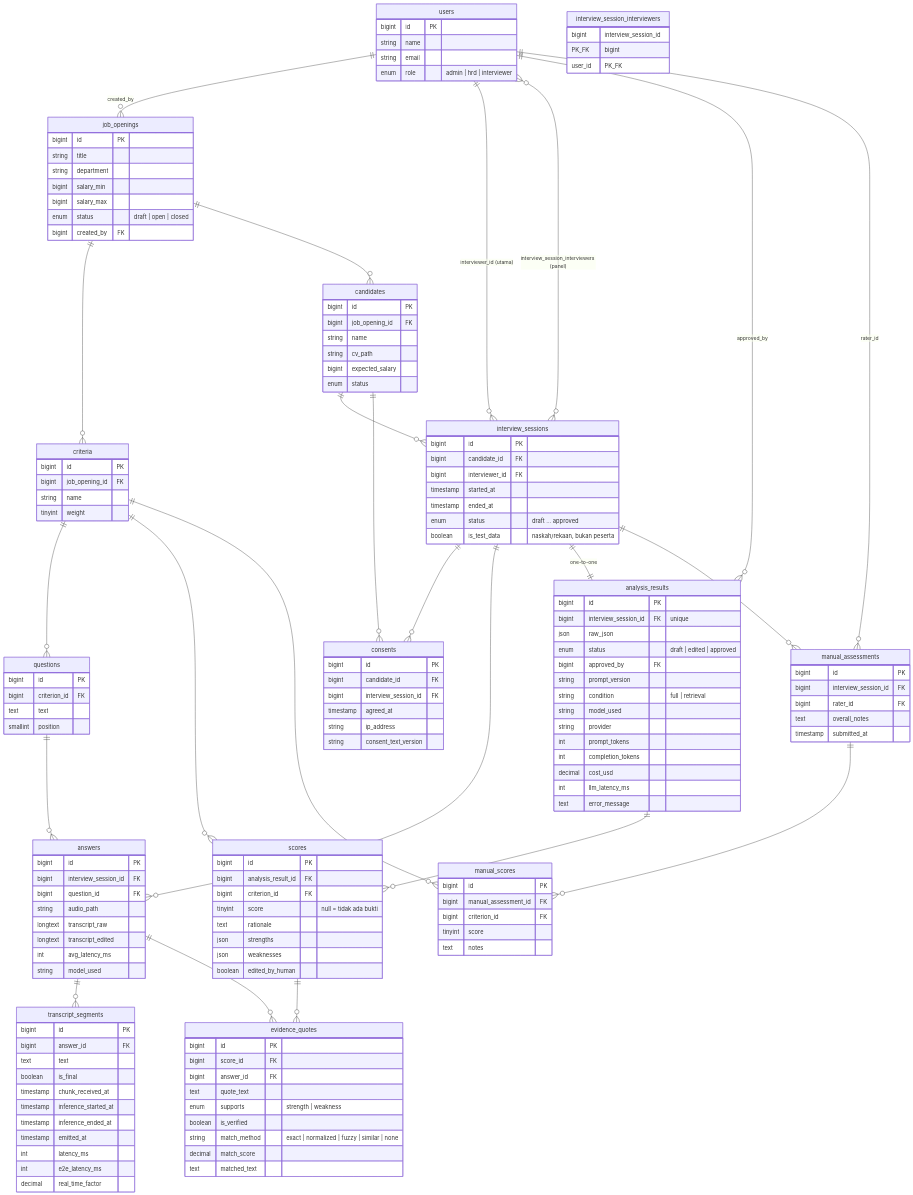
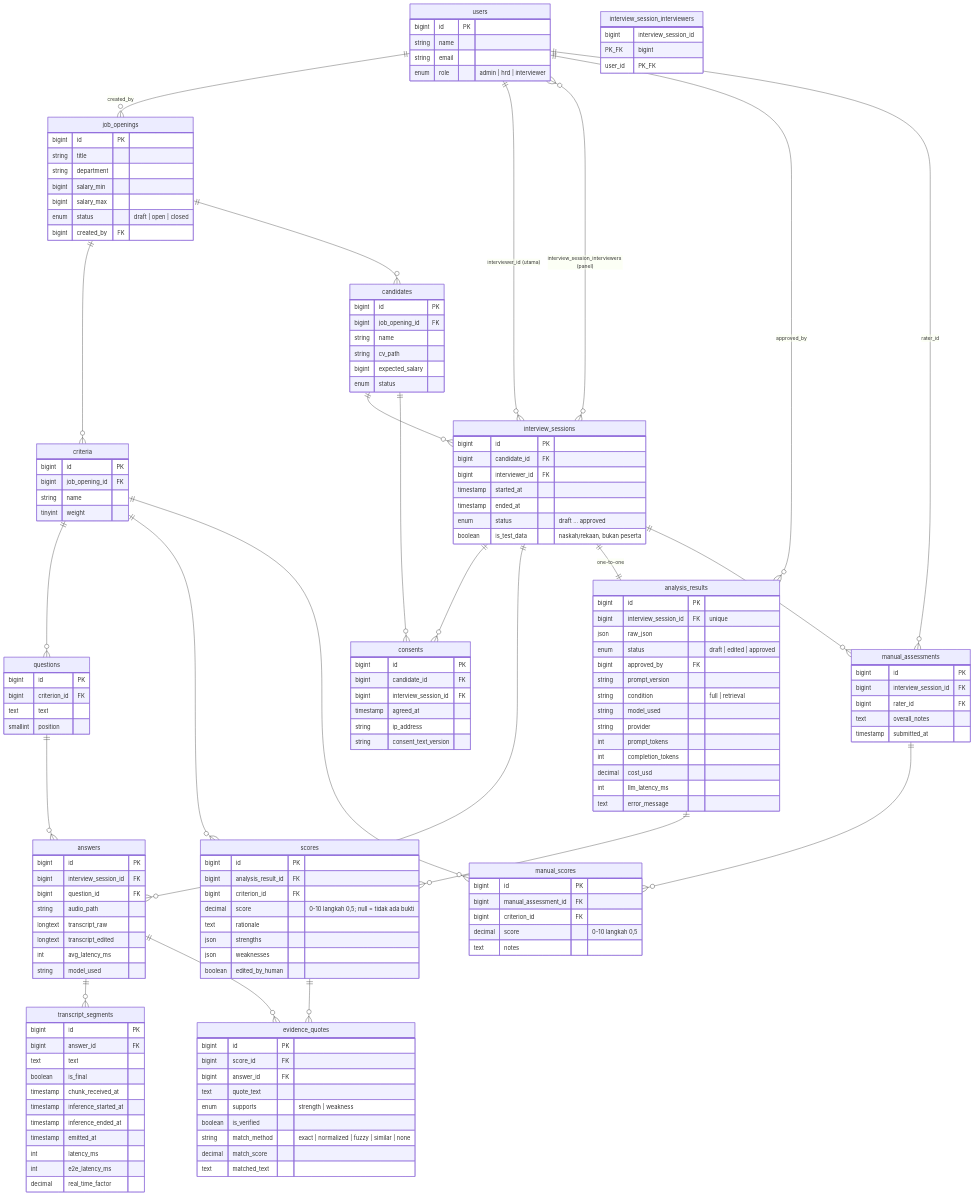
Before and after one commit to MichLoverz/hrd-speech-web-final-project: the diagram in docs/web-programming/erd.md, drawn with Mermaid. The commit also changed 4 other files, not shown here.

Commit message:
docs: 0-10 scale amendment to ADR-010, v2 demo runs, Gemini daily quota, devlog, AI log row 26, ERD

````diff
--- a/docs/web-programming/erd.md
+++ b/docs/web-programming/erd.md
@@ -131,7 +131,7 @@
         bigint id PK
         bigint analysis_result_id FK
         bigint criterion_id FK
-        tinyint score "null = tidak ada bukti"
+        decimal score "0-10 langkah 0,5; null = tidak ada bukti"
         text rationale
         json strengths
         json weaknesses
@@ -159,7 +159,7 @@
         bigint id PK
         bigint manual_assessment_id FK
         bigint criterion_id FK
-        tinyint score
+        decimal score "0-10 langkah 0,5"
         text notes
     }
 ```
````
